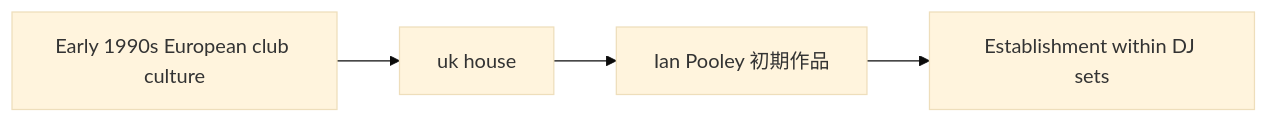
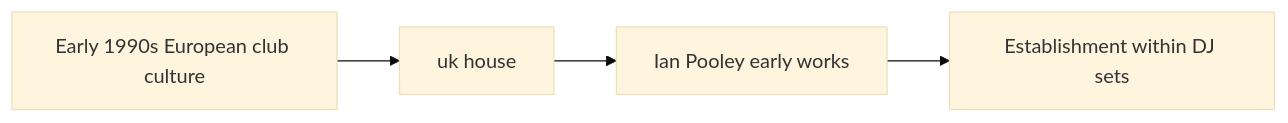
One commit to monumental-movement/monumental-movement.github.io changed the first of 2 diagrams in en/_posts/2026-01-23-column-ian-pooley.md. Above: the diagram before and after it, drawn with Mermaid (base theme). The commit also changed other lines of this file and 851 other files, not shown here.

```diff
--- a/en/_posts/2026-01-23-column-ian-pooley.md
+++ b/en/_posts/2026-01-23-column-ian-pooley.md
@@ -55,6 +55,6 @@
 <div class="mermaid">
 graph LR
 A[Early 1990s European club culture] --> B[uk house]
-B --> C[Ian Pooley 初期作品]
+B --> C[Ian Pooley early works]
 C --> D[Establishment within DJ sets]
 </div>
```
